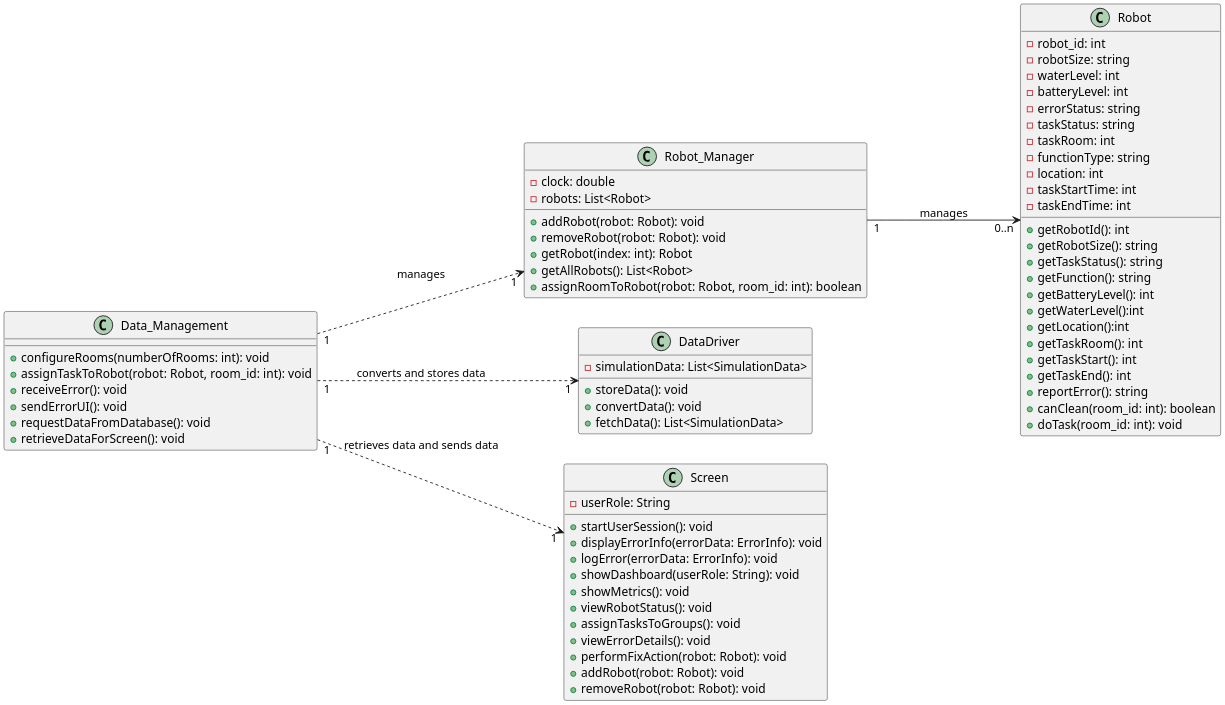
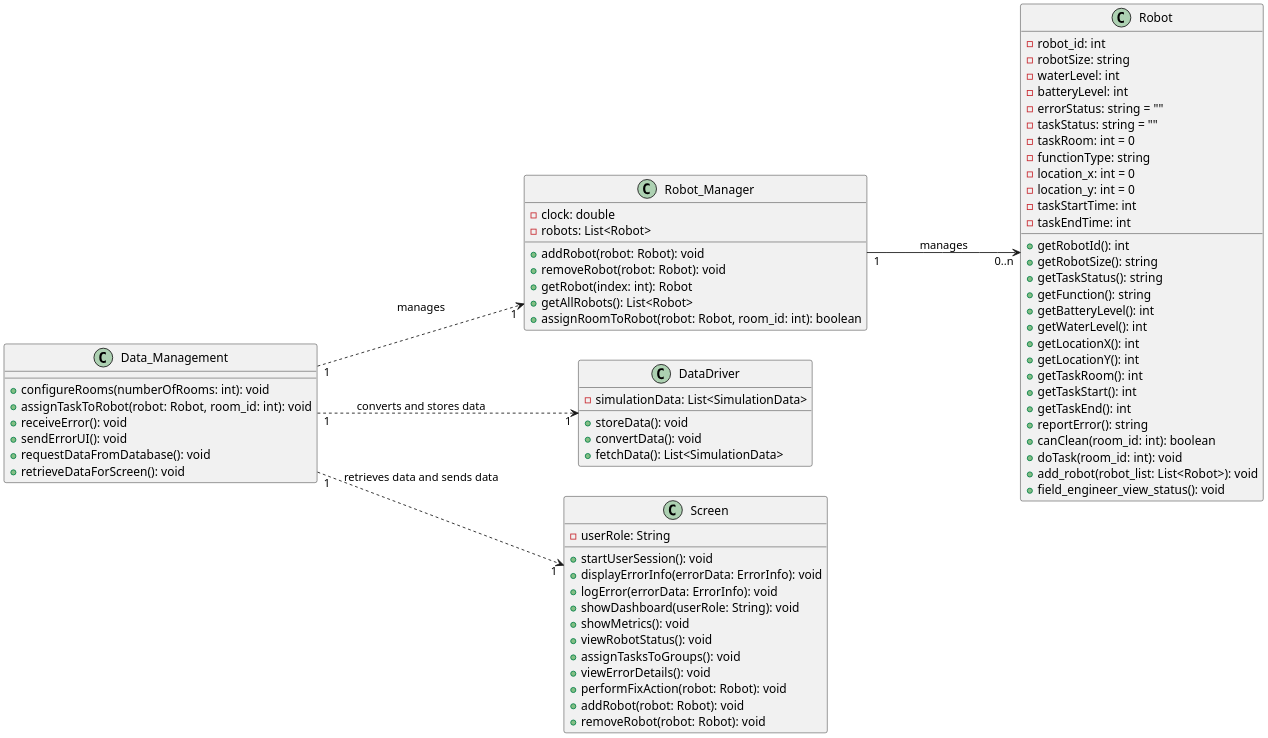
Before and after one commit to ur-swe-fa24/main-project-scrum-heads: the diagram in docs/design/classDiagram/classDiagrams.puml, drawn with PlantUML. The commit also changed 2 other files, not shown here.

Commit message:
finished updating class diagram

```diff
--- a/docs/design/classDiagram/classDiagrams.puml
+++ b/docs/design/classDiagram/classDiagrams.puml
@@ -1,90 +1,94 @@
 @startuml ClassDiagram
 skinparam dpi 200
 skinparam DefaultFontName Inconsolata
 left to right direction
 
 ' Robot class with attributes and methods
 class Robot {
     -robot_id: int
     -robotSize: string
     -waterLevel: int
     -batteryLevel: int
-    -errorStatus: string
-    -taskStatus: string
-    -taskRoom: int
+    -errorStatus: string = ""
+    -taskStatus: string = ""
+    -taskRoom: int = 0
     -functionType: string
-    -location: int
+    -location_x: int = 0
+    -location_y: int = 0
     -taskStartTime: int
     -taskEndTime: int
     +getRobotId(): int
     +getRobotSize(): string
     +getTaskStatus(): string
     +getFunction(): string
     +getBatteryLevel(): int
-    +getWaterLevel():int
-    +getLocation():int
+    +getWaterLevel(): int
+    +getLocationX(): int
+    +getLocationY(): int
     +getTaskRoom(): int
     +getTaskStart(): int
     +getTaskEnd(): int
     +reportError(): string
     +canClean(room_id: int): boolean
     +doTask(room_id: int): void
+    +add_robot(robot_list: List<Robot>): void
+    +field_engineer_view_status(): void
 }
 
 ' Robot_Manager class managing multiple robots
 class Robot_Manager {
     -clock: double
     -robots: List<Robot>
     +addRobot(robot: Robot): void
     +removeRobot(robot: Robot): void
     +getRobot(index: int): Robot
     +getAllRobots(): List<Robot>
     +assignRoomToRobot(robot: Robot, room_id: int): boolean
 }
 
 Robot_Manager "1" ---> "0..n" Robot : manages
 
 ' Data_Management class handling data transfer, central bridge
 class Data_Management {
     +configureRooms(numberOfRooms: int): void
     +assignTaskToRobot(robot: Robot, room_id: int): void
     +receiveError(): void
     +sendErrorUI(): void
     +requestDataFromDatabase(): void
     +retrieveDataForScreen(): void
 }
 
 ' DataDriver class for handling data conversions and storage
 class DataDriver {
     -simulationData: List<SimulationData>
     +storeData(): void
     +convertData(): void
     +fetchData(): List<SimulationData>
 }
 
 ' Screen class with role-based access
 class Screen {
     -userRole: String
     +startUserSession(): void
     +displayErrorInfo(errorData: ErrorInfo): void
     +logError(errorData: ErrorInfo): void
     +showDashboard(userRole: String): void
     +showMetrics(): void
     +viewRobotStatus(): void
     +assignTasksToGroups(): void
     +viewErrorDetails(): void
     +performFixAction(robot: Robot): void
     +addRobot(robot: Robot): void
     +removeRobot(robot: Robot): void
 }
 
 ' Linking Data_Management and Screen classes
 Data_Management "1" ..> "1" Screen : retrieves data and sends data
 
 ' Linking Data_Management and Robot_Manager classes
 Data_Management "1" ..> "1" Robot_Manager : manages
 
 ' Data_Management to DataDriver class (data transport and conversion)
 Data_Management "1" ..> "1" DataDriver : converts and stores data
 
 @enduml
```
